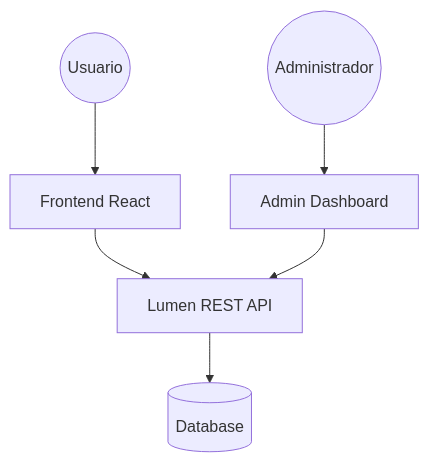
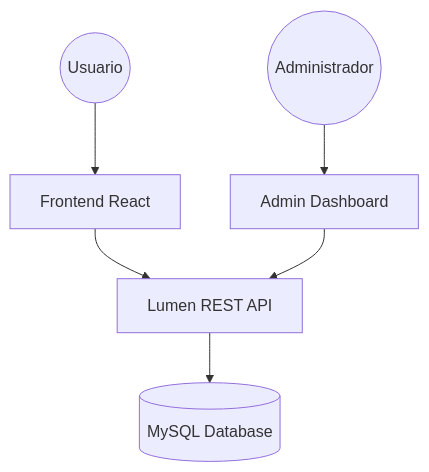
The diagram in README.md (CortesLuis03/portafolio-dev-frontend), drawn with Mermaid before and after one commit. The commit also changed other lines of this file and 25 other files, not shown here.

````diff
--- a/README.md
+++ b/README.md
@@ -34,8 +34,8 @@
 ```mermaid
 graph TD
     User((Usuario)) --> FE[Frontend React]
     FE --> API[Lumen REST API]
-    API --> DB[(Database)]
+    API --> DB[(MySQL Database)]
     Admin((Administrador)) --> FE_Admin[Admin Dashboard]
     FE_Admin --> API
 ```
````
